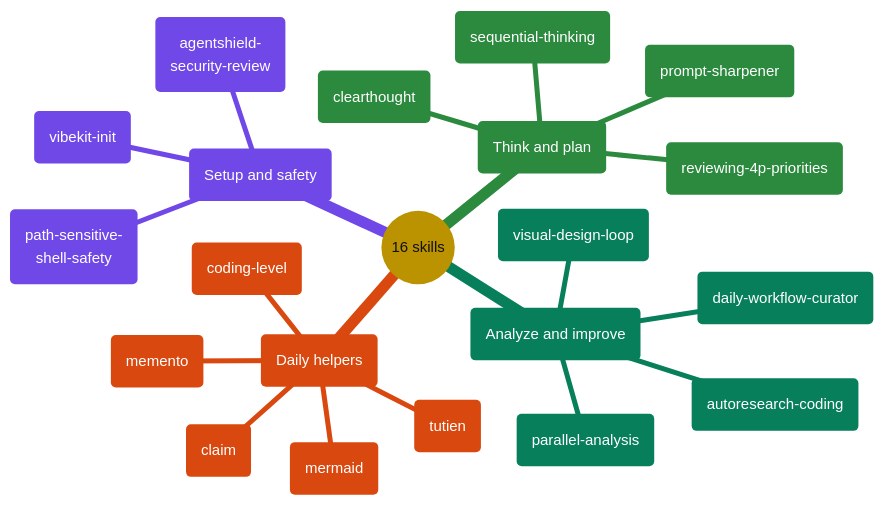
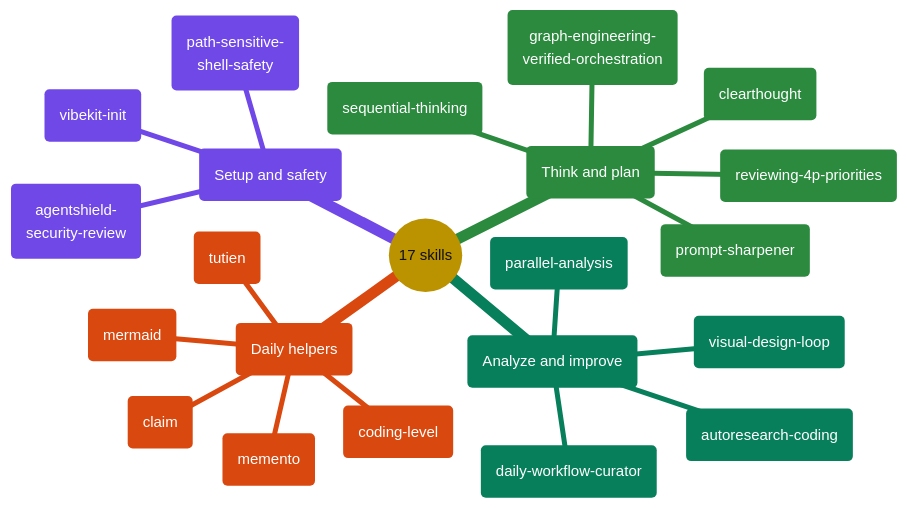
Before and after one commit to giang6283623/minimal-vibe-coding-kit: the fifth of 8 diagrams in README.md, drawn with Mermaid. The commit also changed other lines of this file and 23 other files, not shown here.

Commit message:
feat(release): 0.5.3 graph-engineering-verified-orchestration skill, README example case, validator gates

````diff
--- a/README.md
+++ b/README.md
@@ -344,57 +344,58 @@
 ```mermaid
 ---
 config:
   theme: base
   themeCSS: >-
     .mindmap-node:not(.section-root):not(.section--1) text,
     .mindmap-node:not(.section-root):not(.section--1) tspan
     { fill: #FFFFFF !important; }
     .mindmap-node:not(.section-root):not(.section--1) div,
     .mindmap-node:not(.section-root):not(.section--1) span,
     .mindmap-node:not(.section-root):not(.section--1) p
     { color: #FFFFFF !important; }
   themeVariables:
     darkMode: false
     fontFamily: cascadia mono, consolas, noto sans mono, menlo, monospace
     fontSize: 15px
     lineColor: "#888888"
     textColor: "#111111"
     primaryColor: "#FFD43B"
     primaryTextColor: "#111111"
     primaryBorderColor: "#444444"
     cScale0: "#1971C2"
     cScale1: "#7048E8"
     cScale2: "#2B8A3E"
     cScale3: "#087F5B"
     cScale4: "#D9480F"
     cScale5: "#C2255C"
     cScaleLabel0: "#FFFFFF"
     cScaleLabel1: "#FFFFFF"
     cScaleLabel2: "#FFFFFF"
     cScaleLabel3: "#FFFFFF"
     cScaleLabel4: "#FFFFFF"
     cScaleLabel5: "#FFFFFF"
 ---
 mindmap
-  root(("16 skills"))
+  root(("17 skills"))
     setup("Setup and safety")
       s1("vibekit-init")
       s2("agentshield-<br/>security-review")
       s3("path-sensitive-<br/>shell-safety")
     think("Think and plan")
       t1("clearthought")
       t2("sequential-thinking")
       t3("prompt-sharpener")
       t4("reviewing-4p-priorities")
+      t5("graph-engineering-<br/>verified-orchestration")
     analyze("Analyze and improve")
       a1("parallel-analysis")
       a2("autoresearch-coding")
       a3("daily-workflow-curator")
       a4("visual-design-loop")
     helpers("Daily helpers")
       h1("memento")
       h2("coding-level")
       h3("mermaid")
       h4("claim")
       h5("tutien")
 ```
````
